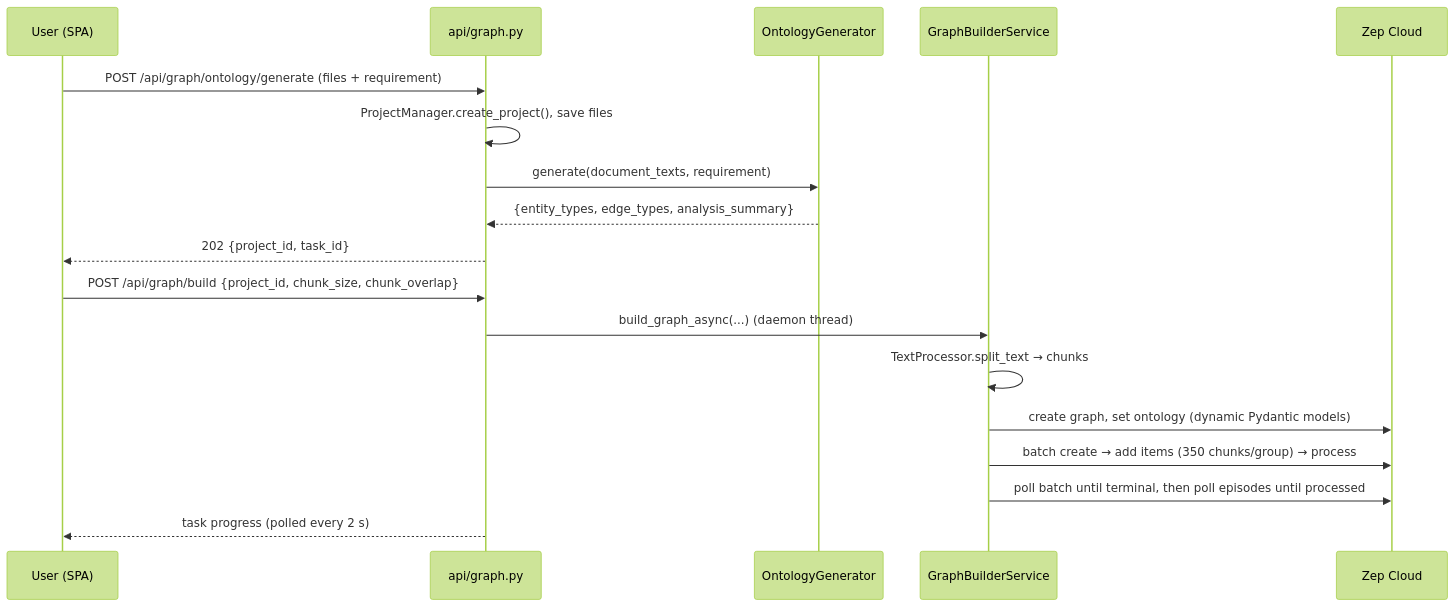
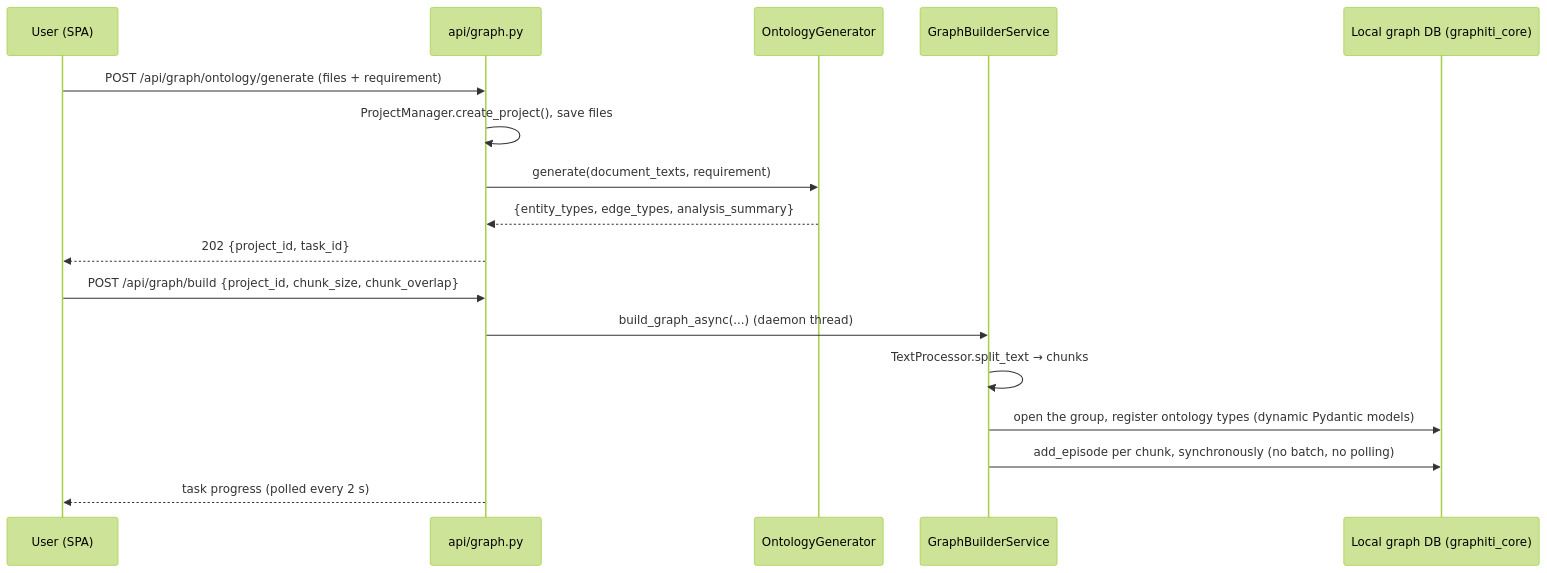
Before and after one commit to Ghostfusion/MiroFish: the fifth of 7 diagrams in docs/DESIGN.md, drawn with Mermaid (forest theme). The commit also changed other lines of this file and 48 other files, not shown here.

````diff
--- a/docs/DESIGN.md
+++ b/docs/DESIGN.md
@@ -291,20 +293,19 @@
 ```mermaid
 sequenceDiagram
   participant U as User (SPA)
   participant A as api/graph.py
   participant O as OntologyGenerator
   participant G as GraphBuilderService
-  participant Z as Zep Cloud
+  participant D as Local graph DB (graphiti_core)
   U->>A: POST /api/graph/ontology/generate (files + requirement)
   A->>A: ProjectManager.create_project(), save files
   A->>O: generate(document_texts, requirement)
   O-->>A: {entity_types, edge_types, analysis_summary}
   A-->>U: 202 {project_id, task_id}
   U->>A: POST /api/graph/build {project_id, chunk_size, chunk_overlap}
   A->>G: build_graph_async(...)  (daemon thread)
   G->>G: TextProcessor.split_text → chunks
-  G->>Z: create graph, set ontology (dynamic Pydantic models)
-  G->>Z: batch create → add items (350 chunks/group) → process
-  G->>Z: poll batch until terminal, then poll episodes until processed
+  G->>D: open the group, register ontology types (dynamic Pydantic models)
+  G->>D: add_episode per chunk, synchronously (no batch, no polling)
   A-->>U: task progress (polled every 2 s)
 ```
````
